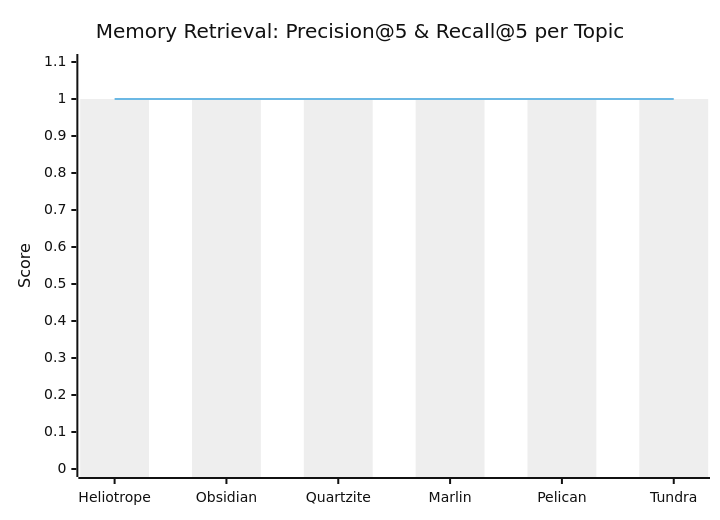
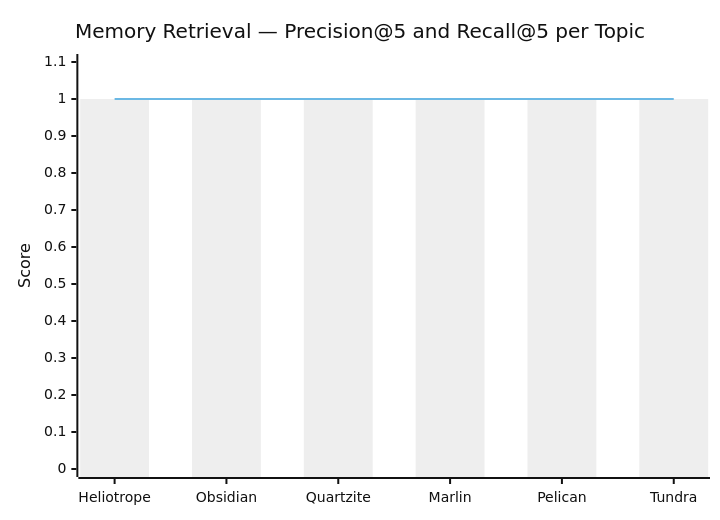
The third of 6 diagrams in README.md (Agletras/Agletras-mcp), drawn with Mermaid (neutral theme) before and after one commit. The commit also changed other lines of this file, not shown here.

````diff
--- a/README.md
+++ b/README.md
@@ -183,8 +183,8 @@
 ```mermaid
 xychart-beta
-    title "Memory Retrieval: Precision@5 & Recall@5 per Topic"
+    title "Memory Retrieval — Precision@5 and Recall@5 per Topic"
     x-axis ["Heliotrope", "Obsidian", "Quartzite", "Marlin", "Pelican", "Tundra"]
     y-axis "Score" 0 --> 1.1
     bar [1.0, 1.0, 1.0, 1.0, 1.0, 1.0]
     line [1.0, 1.0, 1.0, 1.0, 1.0, 1.0]
 ```
````
